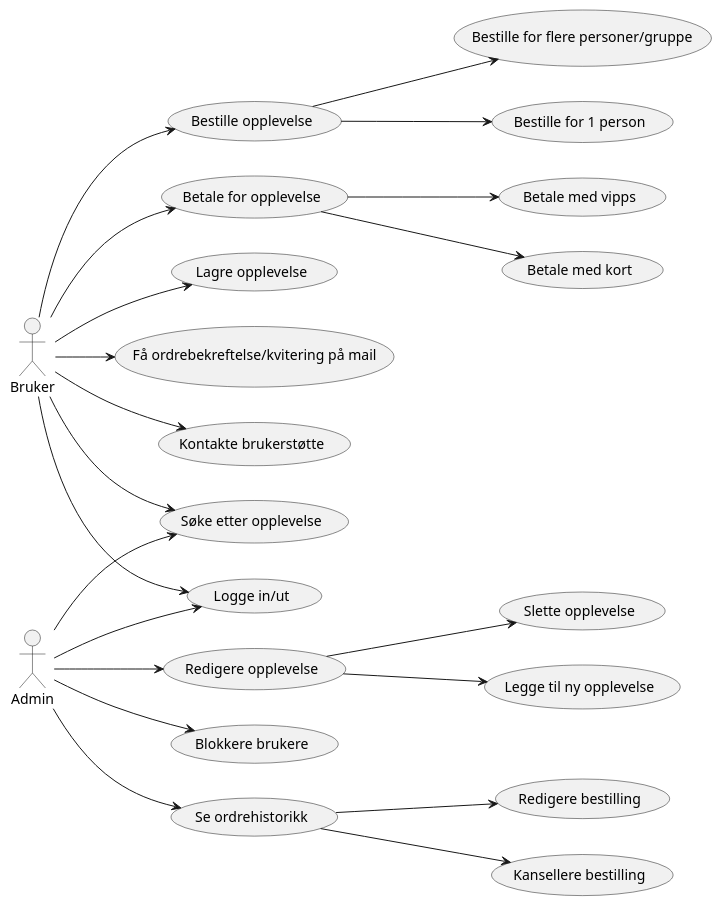
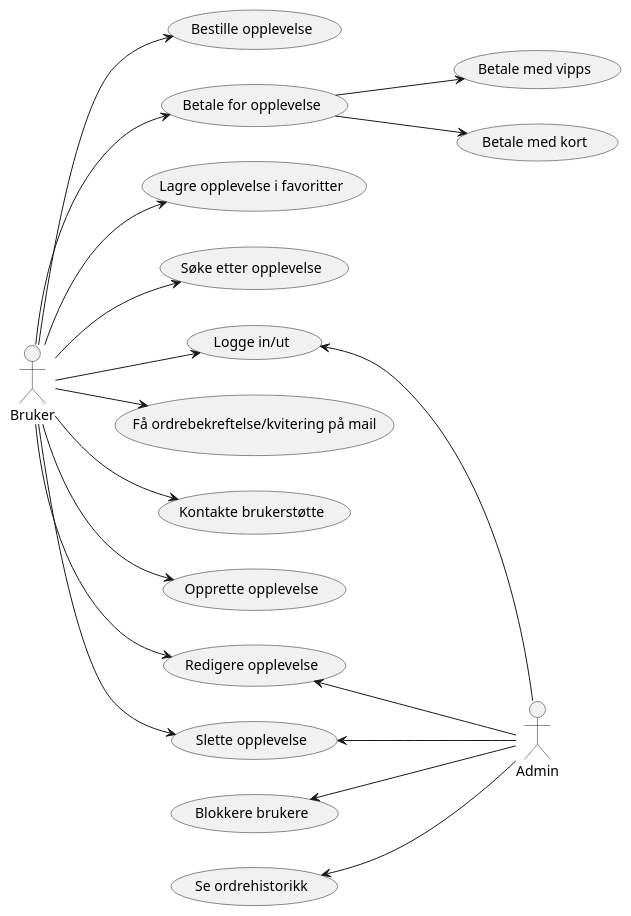
Before and after one commit to mapclean9r/os_Systemer: the diagram in plantuml_diagrammer/usecasediagram.puml, drawn with PlantUML. The commit also changed 1 other file, not shown here.

```diff
--- a/plantuml_diagrammer/usecasediagram.puml
+++ b/plantuml_diagrammer/usecasediagram.puml
@@ -1,23 +1,29 @@
 @startuml oppgave1
 left to right direction
 :Bruker: --> (Bestille opplevelse) 
-(Bestille opplevelse) --> (Bestille for flere personer/gruppe)
-(Bestille opplevelse) --> (Bestille for 1 person)
 :Bruker: --> (Betale for opplevelse)
 (Betale for opplevelse) --> (Betale med vipps)
 (Betale for opplevelse) --> (Betale med kort)
-:Bruker: --> (Lagre opplevelse)
+:Bruker: --> (Lagre opplevelse i favoritter)
 :Bruker: --> (Søke etter opplevelse)
 :Bruker: --> (Logge in/ut)
 :Bruker: --> (Få ordrebekreftelse/kvitering på mail)
 :Bruker: --> (Kontakte brukerstøtte)
-(Redigere opplevelse) --> (Slette opplevelse)
-:Admin: --> (Redigere opplevelse)
-(Redigere opplevelse) --> (Legge til ny opplevelse)
-:Admin: --> (Blokkere brukere)
-(Se ordrehistorikk) --> (Redigere bestilling)
-(Se ordrehistorikk) --> (Kansellere bestilling)
-:Admin: --> (Søke etter opplevelse)
-:Admin: --> (Se ordrehistorikk)
-:Admin: --> (Logge in/ut)
+:Bruker: --> (Opprette opplevelse)
+:Bruker: --> (Redigere opplevelse)
+:Bruker: --> (Slette opplevelse)
+
+
+
+'(Redigere opplevelse) --> (Slette opplevelse)
+(Redigere opplevelse) <-- :Admin:
+'(Redigere opplevelse) --> (Legge til ny opplevelse)
+(Blokkere brukere) <-- :Admin:
+'(Redigere bestilling) --> (Kansellere bestilling)
+':Admin: --> (Søke etter opplevelse)
+':Bruker: --> (Se ordrehistorikk)
+':Admin: --> (Se ordrehistorikk)
+(Se ordrehistorikk) <-- :Admin:
+(Logge in/ut) <-- :Admin:
+(Slette opplevelse) <-- :Admin:
 @enduml
```
